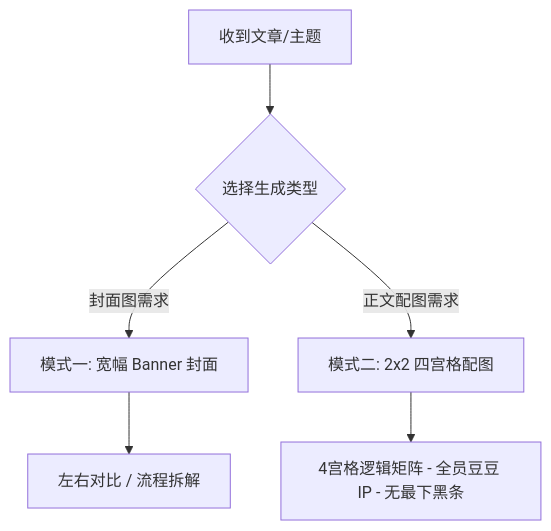
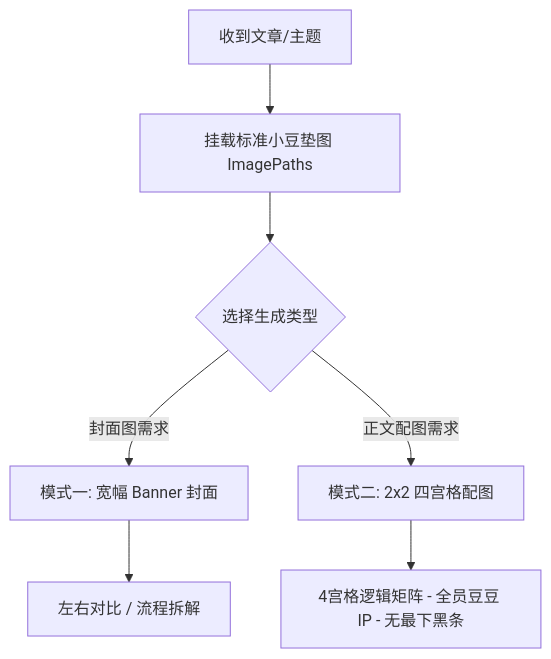
The diagram in SKILL.md (isdou/xiaodou-skill), drawn with Mermaid before and after one commit. The commit also changed other lines of this file and 2 other files, not shown here.

Commit message:
feat: add image reference (垫图) mechanism and strict IP anatomy to prevent character drift

````diff
--- a/SKILL.md
+++ b/SKILL.md
@@ -33,8 +49,9 @@
 ```mermaid
 graph TD
-    A[收到文章/主题] --> B{选择生成类型}
-    B -->|封面图需求| C[模式一: 宽幅 Banner 封面]
-    B -->|正文配图需求| D[模式二: 2x2 四宫格配图]
-    C --> C1[左右对比 / 流程拆解]
-    D --> D1[4宫格逻辑矩阵 - 全员豆豆 IP - 无最下黑条]
+    A[收到文章/主题] --> B[挂载标准小豆垫图 ImagePaths]
+    B --> C{选择生成类型}
+    C -->|封面图需求| D[模式一: 宽幅 Banner 封面]
+    C -->|正文配图需求| E[模式二: 2x2 四宫格配图]
+    D --> D1[左右对比 / 流程拆解]
+    E --> E1[4宫格逻辑矩阵 - 全员豆豆 IP - 无最下黑条]
 ```
````
